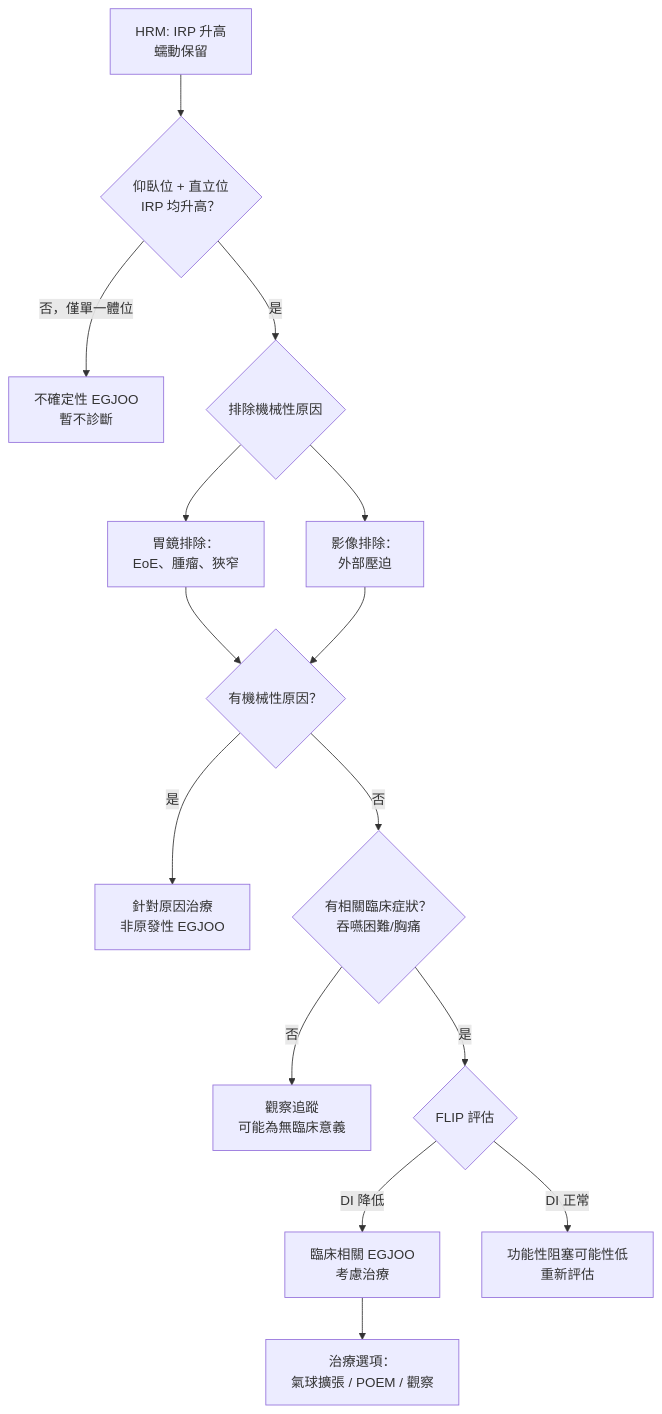
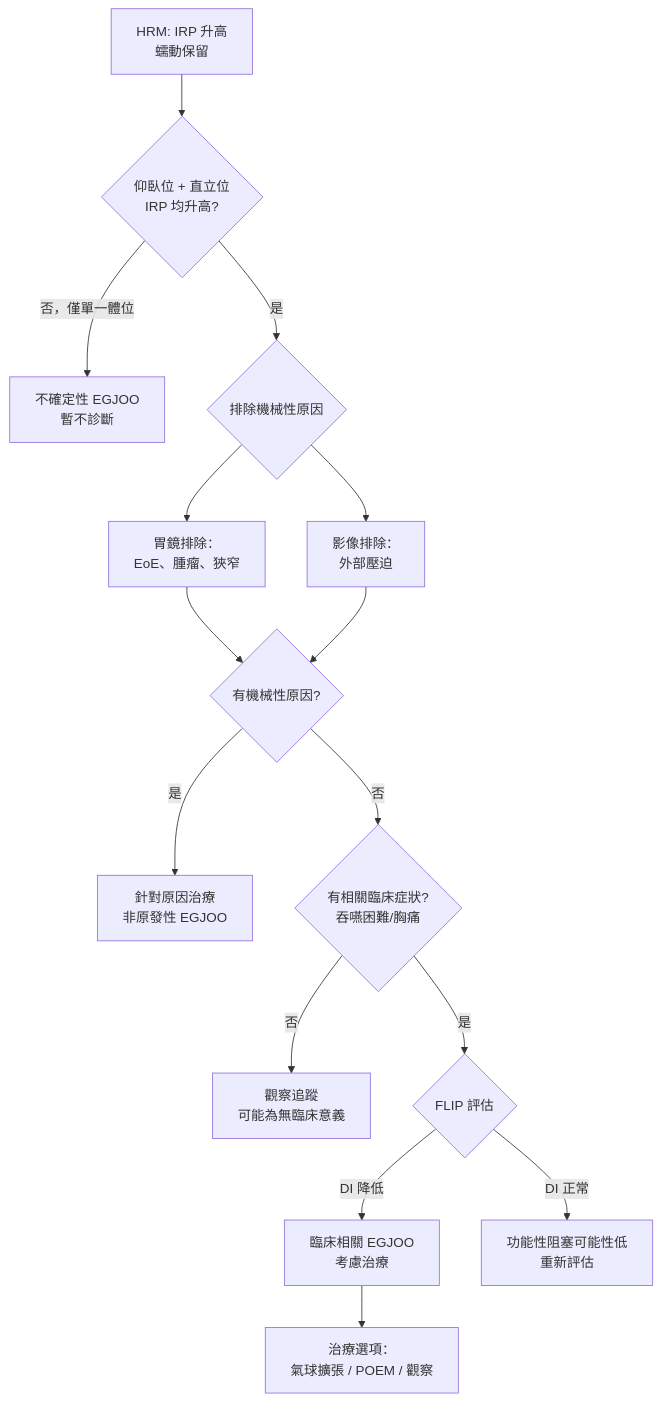
One commit to dontchangela-bit/esophageal-education changed the diagram in 食道功能檢查/進階版/05_臨床問答FAQ.md. Above: the diagram before and after it, drawn with Mermaid. The commit also changed 59 other files, not shown here.

First line of the commit message:
Fix Mermaid v11.13 syntax errors across all esophageal files

````diff
--- a/食道功能檢查/進階版/05_臨床問答FAQ.md
+++ b/食道功能檢查/進階版/05_臨床問答FAQ.md
@@ -67,17 +67,17 @@
 ```mermaid
 flowchart TD
-    A[HRM: IRP 升高<br>蠕動保留] --> B{仰臥位 + 直立位<br>IRP 均升高？}
-    B -->|否，僅單一體位| C[不確定性 EGJOO<br>暫不診斷]
+    A[HRM: IRP 升高<br/>蠕動保留] --> B{仰臥位 + 直立位<br/>IRP 均升高?}
+    B -->|否，僅單一體位| C[不確定性 EGJOO<br/>暫不診斷]
     B -->|是| D{排除機械性原因}
-    D --> D1[胃鏡排除：<br>EoE、腫瘤、狹窄]
-    D --> D2[影像排除：<br>外部壓迫]
-    D1 --> E{有機械性原因？}
+    D --> D1[胃鏡排除：<br/>EoE、腫瘤、狹窄]
+    D --> D2[影像排除：<br/>外部壓迫]
+    D1 --> E{有機械性原因?}
     D2 --> E
-    E -->|是| F[針對原因治療<br>非原發性 EGJOO]
-    E -->|否| G{有相關臨床症狀？<br>吞嚥困難/胸痛}
-    G -->|否| H[觀察追蹤<br>可能為無臨床意義]
+    E -->|是| F[針對原因治療<br/>非原發性 EGJOO]
+    E -->|否| G{有相關臨床症狀?<br/>吞嚥困難/胸痛}
+    G -->|否| H[觀察追蹤<br/>可能為無臨床意義]
     G -->|是| I{FLIP 評估}
     I -->|DI 降低| J[臨床相關 EGJOO<br>考慮治療]
     I -->|DI 正常| K[功能性阻塞可能性低<br>重新評估]
-    J --> L[治療選項：<br>氣球擴張 / POEM / 觀察]
+    J --> L[治療選項：<br/>氣球擴張 / POEM / 觀察]
 ```
````
